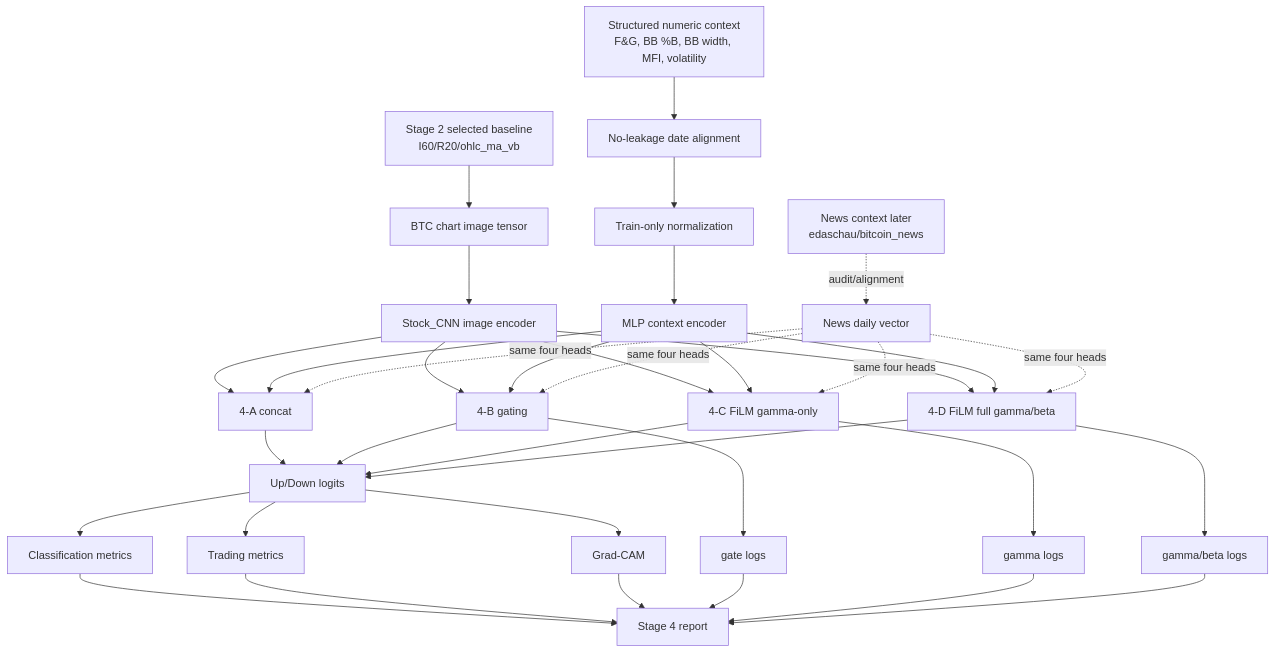
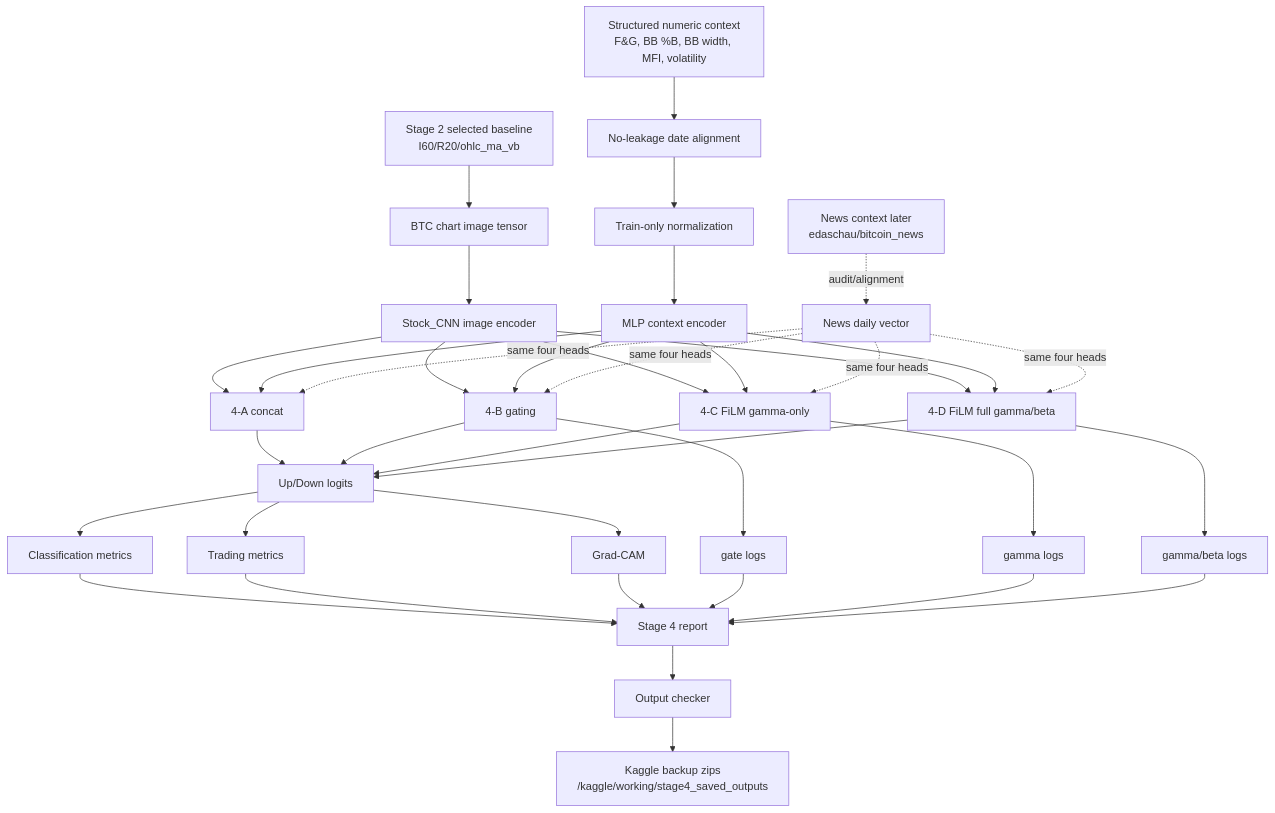
Before and after one commit to Jaehyeon-Jeong/Thesis: the first of 2 diagrams in stage4_film_conditioning/workflow_diagram.md, drawn with Mermaid. The commit also changed other lines of this file and 9 other files, not shown here.

Commit message:
Define stage4 kaggle runner plan

````diff
--- a/stage4_film_conditioning/workflow_diagram.md
+++ b/stage4_film_conditioning/workflow_diagram.md
@@ -5,44 +5,46 @@
 ```mermaid
 flowchart TD
     A[Stage 2 selected baseline<br/>I60/R20/ohlc_ma_vb] --> B[BTC chart image tensor]
     B --> C[Stock_CNN image encoder]
 
     D[Structured numeric context<br/>F&G, BB %B, BB width, MFI, volatility] --> E[No-leakage date alignment]
     E --> F[Train-only normalization]
     F --> G[MLP context encoder]
 
     C --> H1[4-A concat]
     G --> H1
     H1 --> O[Up/Down logits]
 
     C --> H2[4-B gating]
     G --> H2
     H2 --> O
 
     C --> H3[4-C FiLM gamma-only]
     G --> H3
     H3 --> O
 
     C --> H4[4-D FiLM full gamma/beta]
     G --> H4
     H4 --> O
 
     O --> M1[Classification metrics]
     O --> M2[Trading metrics]
     O --> M3[Grad-CAM]
     H2 --> L1[gate logs]
     H3 --> L2[gamma logs]
     H4 --> L3[gamma/beta logs]
     M1 --> R[Stage 4 report]
     M2 --> R
     M3 --> R
     L1 --> R
     L2 --> R
     L3 --> R
+    R --> OC[Output checker]
+    OC --> BK[Kaggle backup zips<br/>/kaggle/working/stage4_saved_outputs]
 
     N[News context later<br/>edaschau/bitcoin_news] -. audit/alignment .-> NG[News daily vector]
     NG -. same four heads .-> H1
     NG -. same four heads .-> H2
     NG -. same four heads .-> H3
     NG -. same four heads .-> H4
 ```
````
